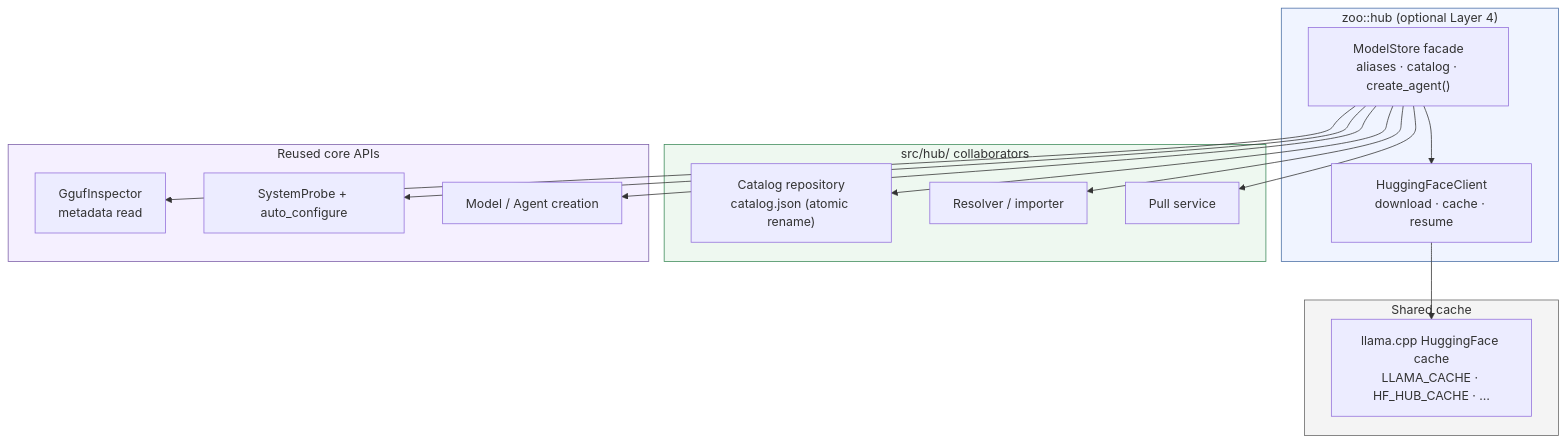
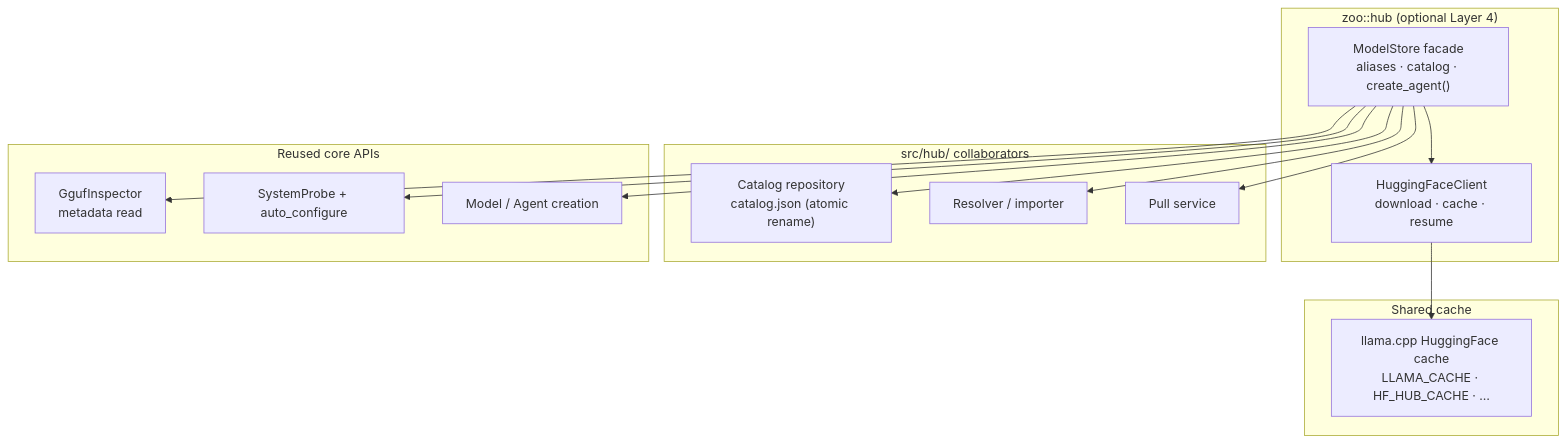
The diagram in docs/hub.md (crybo-rybo/zoo-keeper), drawn with Mermaid before and after one commit. The commit also changed 6 other files, not shown here.

First line of the commit message:
docs: drop custom Mermaid style overrides for consistent rendering

````diff
--- a/docs/hub.md
+++ b/docs/hub.md
@@ -15,36 +15,32 @@
 ```mermaid
 flowchart TB
     subgraph Hub["zoo::hub (optional Layer 4)"]
         MS["ModelStore facade<br/>aliases · catalog · create_agent()"]
         HF["HuggingFaceClient<br/>download · cache · resume"]
         MS --> HF
     end
 
     subgraph StoreInternals["src/hub/ collaborators"]
         CAT["Catalog repository<br/>catalog.json (atomic rename)"]
         RES["Resolver / importer"]
         PULL["Pull service"]
         MS --> CAT
         MS --> RES
         MS --> PULL
     end
 
     subgraph CoreReuse["Reused core APIs"]
         GI["GgufInspector<br/>metadata read"]
         SP["SystemProbe + auto_configure"]
         MD["Model / Agent creation"]
         MS --> GI
         MS --> SP
         MS --> MD
     end
 
     subgraph Cache["Shared cache"]
         LC["llama.cpp HuggingFace cache<br/>LLAMA_CACHE · HF_HUB_CACHE · …"]
         HF --> LC
     end
 
-    style Hub fill:#f0f4ff,stroke:#4a6fa5
-    style StoreInternals fill:#eef8f0,stroke:#3d8b5a
-    style CoreReuse fill:#f5f0ff,stroke:#7b5ea7
-    style Cache fill:#f4f4f4,stroke:#666
 ```
````
